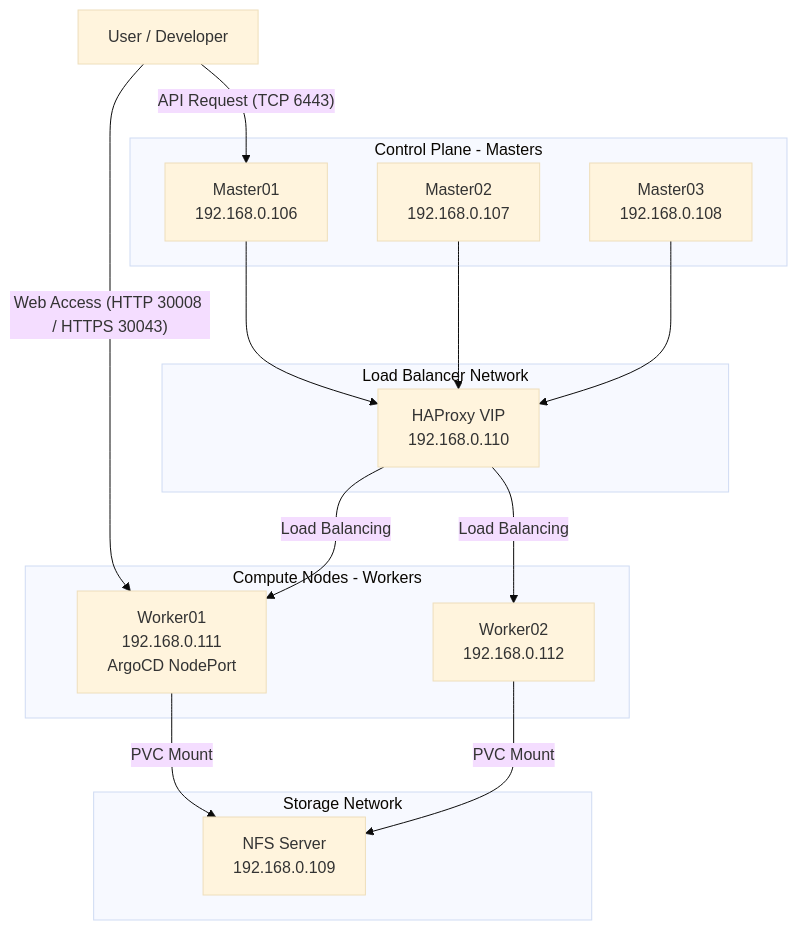
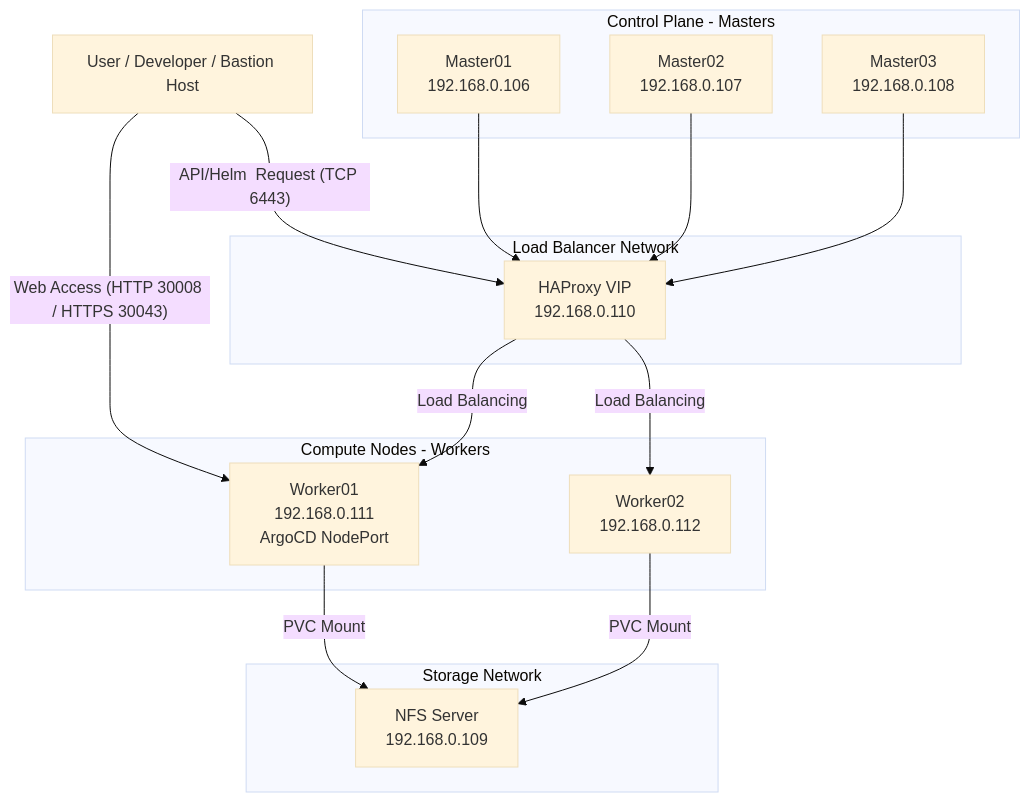
One commit to iteyes9797/k8s-lab changed the diagram in README.md. Above: the diagram before and after it, drawn with Mermaid (base theme). The commit also changed other lines of this file, not shown here.

Commit message:
README.md 수정: 아키텍처 다이어그램 및 SSH 설정 방법 추가, 클러스터 구축 단계별 실행 방법 개선

````diff
--- a/README.md
+++ b/README.md
@@ -17,33 +17,33 @@
 ```mermaid
 graph TD
-    User[User / Developer]
+    User[User / Developer / Bastion Host]
     
     subgraph "Load Balancer Network"
         LB[HAProxy VIP<br/>192.168.0.110]
     end
     
     subgraph "Control Plane - Masters"
         M1[Master01<br/>192.168.0.106]
         M2[Master02<br/>192.168.0.107]
         M3[Master03<br/>192.168.0.108]
     end
     
     subgraph "Compute Nodes - Workers"
         W1[Worker01<br/>192.168.0.111<br/>ArgoCD NodePort]
         W2[Worker02<br/>192.168.0.112]
     end
     
     subgraph "Storage Network"
         NFS[NFS Server<br/>192.168.0.109]
     end
 
-    User -- "API Request (TCP 6443)" --> M1
+    User -- "API/Helm  Request (TCP 6443)" --> LB
     User -- "Web Access (HTTP 30008 / HTTPS 30043)" --> W1
     
     M1-->LB -- "Load Balancing" --> W1
     M2-->LB -- "Load Balancing" --> W2
     M3-->LB 
     
     W1 -- "PVC Mount" --> NFS
     W2 -- "PVC Mount" --> NFS
 ```
````
